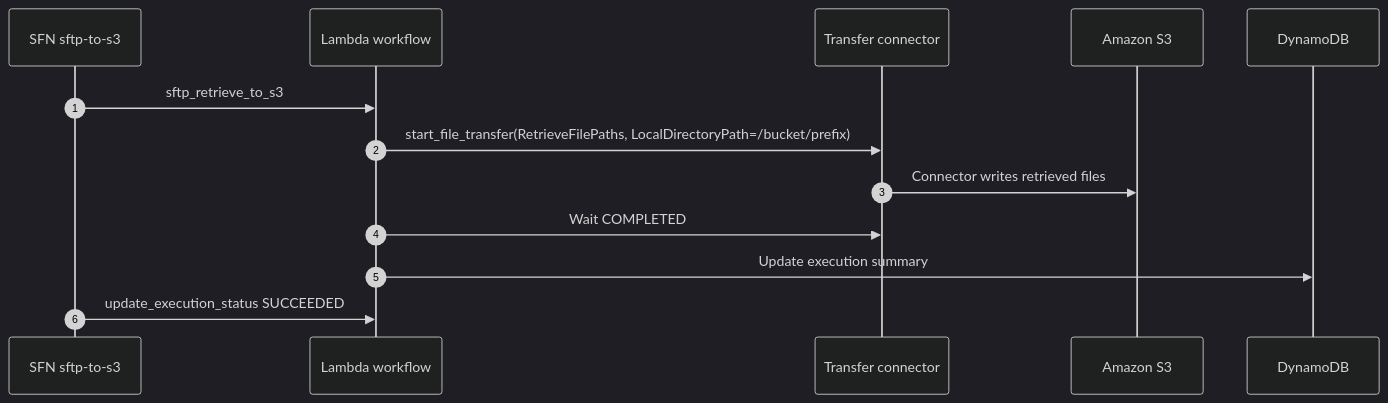
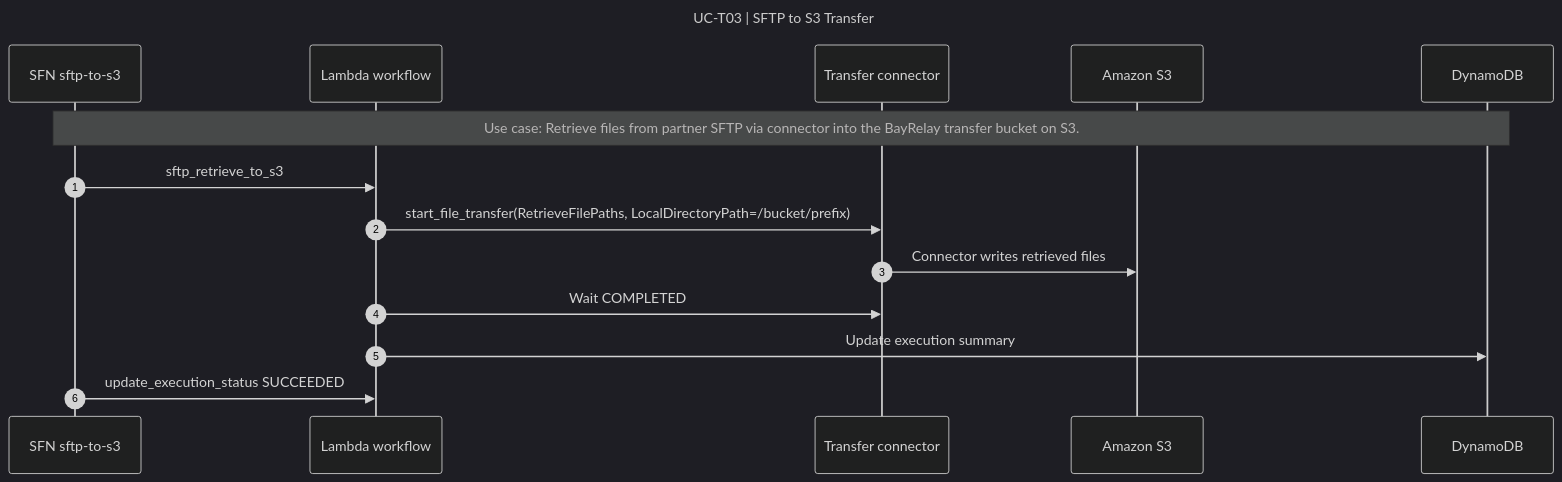
One commit to bayareala8s/BayRelayAI changed the tenth of 31 diagrams in docs/SEQUENCE_DIAGRAMS.md. Above: the diagram before and after it, drawn with Mermaid (dark theme). The commit also changed other lines of this file and 68 other files, not shown here.

First line of the commit message:
Add title and use-case labels to all sequence diagrams.

````diff
--- a/docs/SEQUENCE_DIAGRAMS.md
+++ b/docs/SEQUENCE_DIAGRAMS.md
@@ -281,16 +334,20 @@
 ```mermaid
+---
+title: UC-T03 | SFTP to S3 Transfer
+---
 sequenceDiagram
   autonumber
   participant Child as SFN sftp-to-s3
   participant WF as Lambda workflow
   participant TF as Transfer connector
   participant S3 as Amazon S3
   participant DDB as DynamoDB
+  Note over Child,DDB: Use case: Retrieve files from partner SFTP via connector into the BayRelay transfer bucket on S3.
 
   Child->>WF: sftp_retrieve_to_s3
   WF->>TF: start_file_transfer(RetrieveFilePaths, LocalDirectoryPath=/bucket/prefix)
   TF->>S3: Connector writes retrieved files
   WF->>TF: Wait COMPLETED
   WF->>DDB: Update execution summary
   Child->>WF: update_execution_status SUCCEEDED
 ```
````
